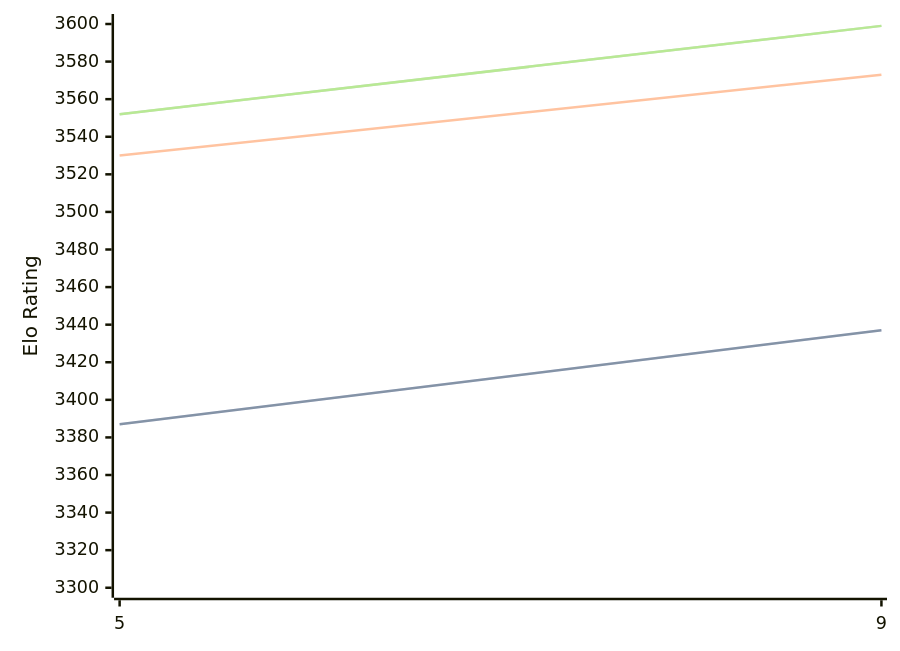
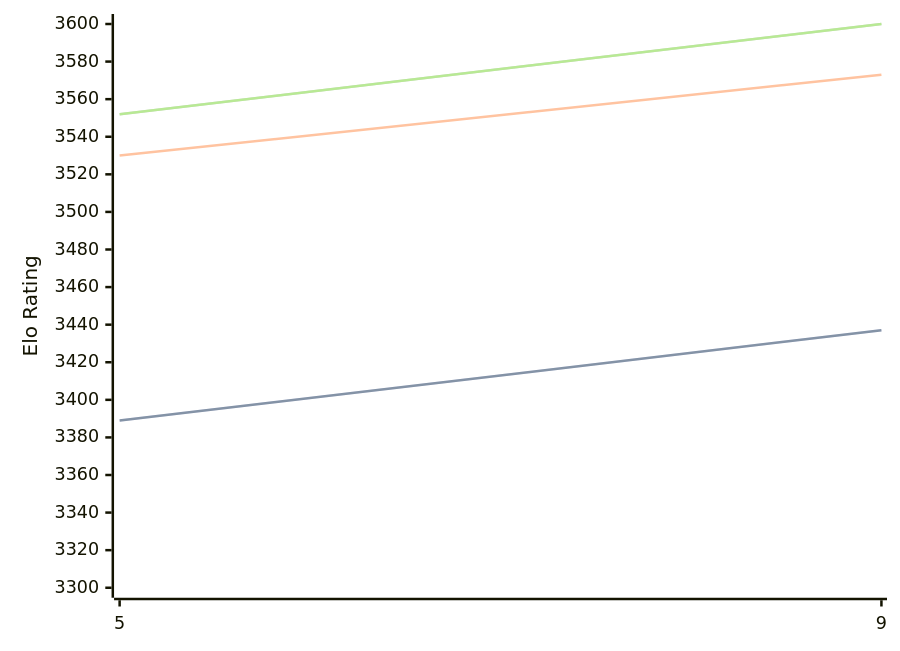
One commit to computer-chess-index/cci changed the diagram in engines/Crystal.md. Above: the diagram before and after it, drawn with Mermaid. The commit also changed other lines of this file, not shown here.

Commit message:
Update CCI Ratings (ELO VLTC) - 2026-10-02

````diff
--- a/engines/Crystal.md
+++ b/engines/Crystal.md
@@ -32,11 +32,11 @@
 ```mermaid
 %%{init: {"theme":"base","themeVariables":{"seriesColors:['#a3a3a3','#222221','#faa371']}}}%%
 xychart-beta
   x-axis ["5", "9"]
   y-axis "Elo Rating" 3300 --> 3600
-  line "" [3387, 3437]
-  line "STC (8.0+0.08s)" [3387, 3437]
+  line "" [3389, 3437]
+  line "STC (8.0+0.08s)" [3389, 3437]
   line "LTC (60.0+0.60s)" [3530, 3573]
-  line "" [3552, 3599]
-  line "VLTC (2m24s+1.12s)" [3552, 3599]
+  line "" [3552, 3600]
+  line "VLTC (2m24s+1.12s)" [3552, 3600]
 ```
````
